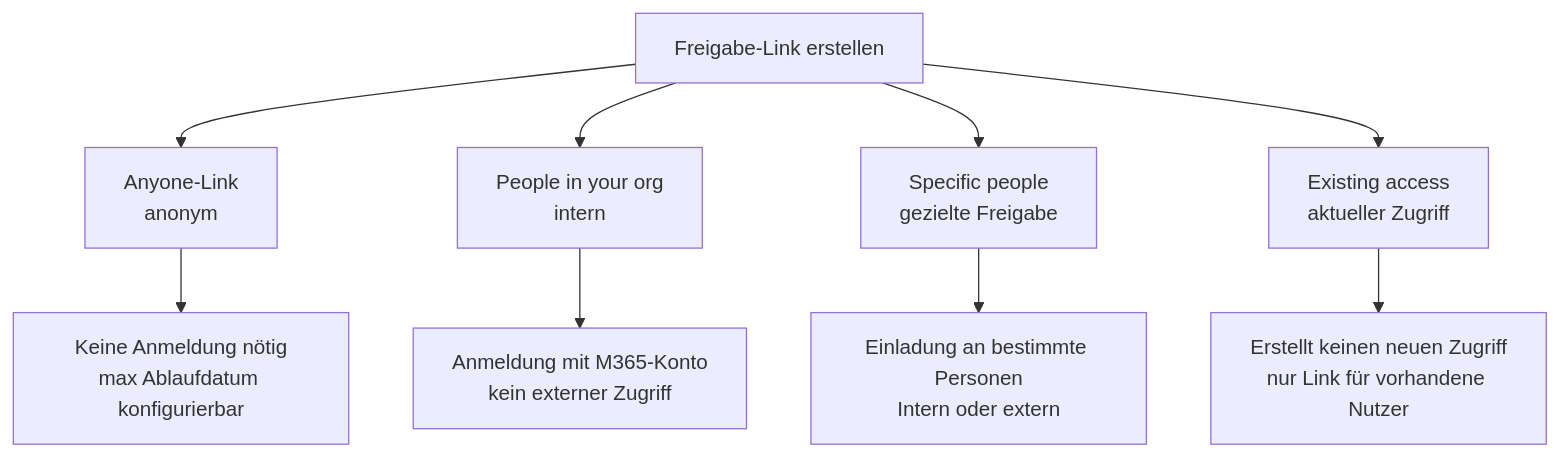
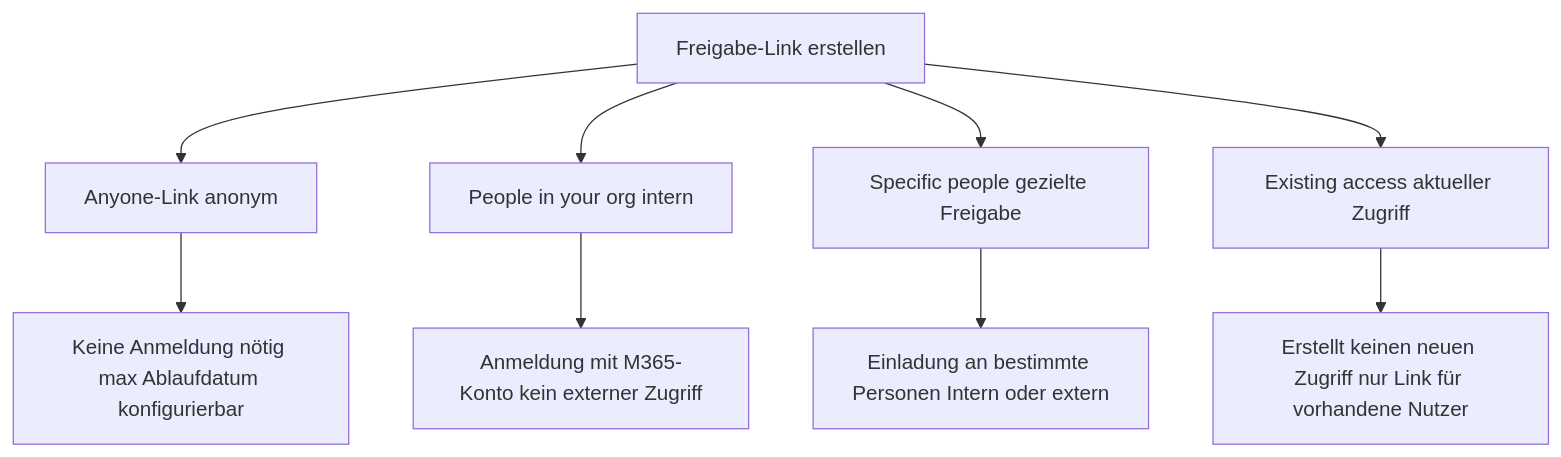
One commit to SoniiiT/notes-n-docs changed the fourth of 9 diagrams in Microsoft 365/SharePoint OneDrive/Berechtigungen und Sharing.md. Above: the diagram before and after it, drawn with Mermaid. The commit also changed other lines of this file and 124 other files, not shown here.

First line of the commit message:
fix: Entferne \n aus allen Mermaid-Diagrammen (125 Dateien)

````diff
--- a/Microsoft 365/SharePoint OneDrive/Berechtigungen und Sharing.md
+++ b/Microsoft 365/SharePoint OneDrive/Berechtigungen und Sharing.md
@@ -239,12 +239,12 @@
 ```mermaid
 graph TD
-    SL[Freigabe-Link erstellen] --> A[Anyone-Link\nanonym]
-    SL --> O[People in your org\nintern]
-    SL --> SP[Specific people\ngezielte Freigabe]
-    SL --> EA[Existing access\naktueller Zugriff]
+    SL[Freigabe-Link erstellen] --> A[Anyone-Link anonym]
+    SL --> O[People in your org intern]
+    SL --> SP[Specific people gezielte Freigabe]
+    SL --> EA[Existing access aktueller Zugriff]
 
-    A --> AR[Keine Anmeldung nötig\nmax Ablaufdatum konfigurierbar]
-    O --> OR[Anmeldung mit M365-Konto\nkein externer Zugriff]
-    SP --> SR[Einladung an bestimmte Personen\nIntern oder extern]
-    EA --> ER[Erstellt keinen neuen Zugriff\nnur Link für vorhandene Nutzer]
+    A --> AR[Keine Anmeldung nötig max Ablaufdatum konfigurierbar]
+    O --> OR[Anmeldung mit M365-Konto kein externer Zugriff]
+    SP --> SR[Einladung an bestimmte Personen Intern oder extern]
+    EA --> ER[Erstellt keinen neuen Zugriff nur Link für vorhandene Nutzer]
 ```
````
